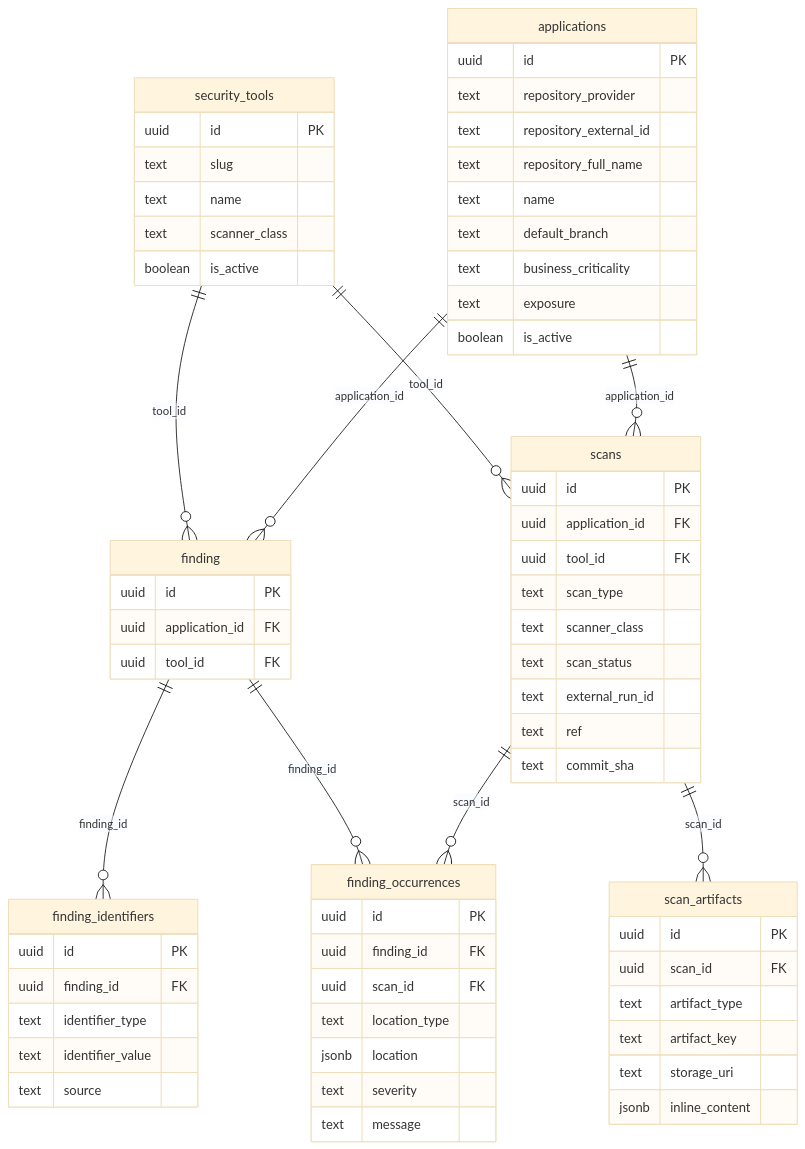
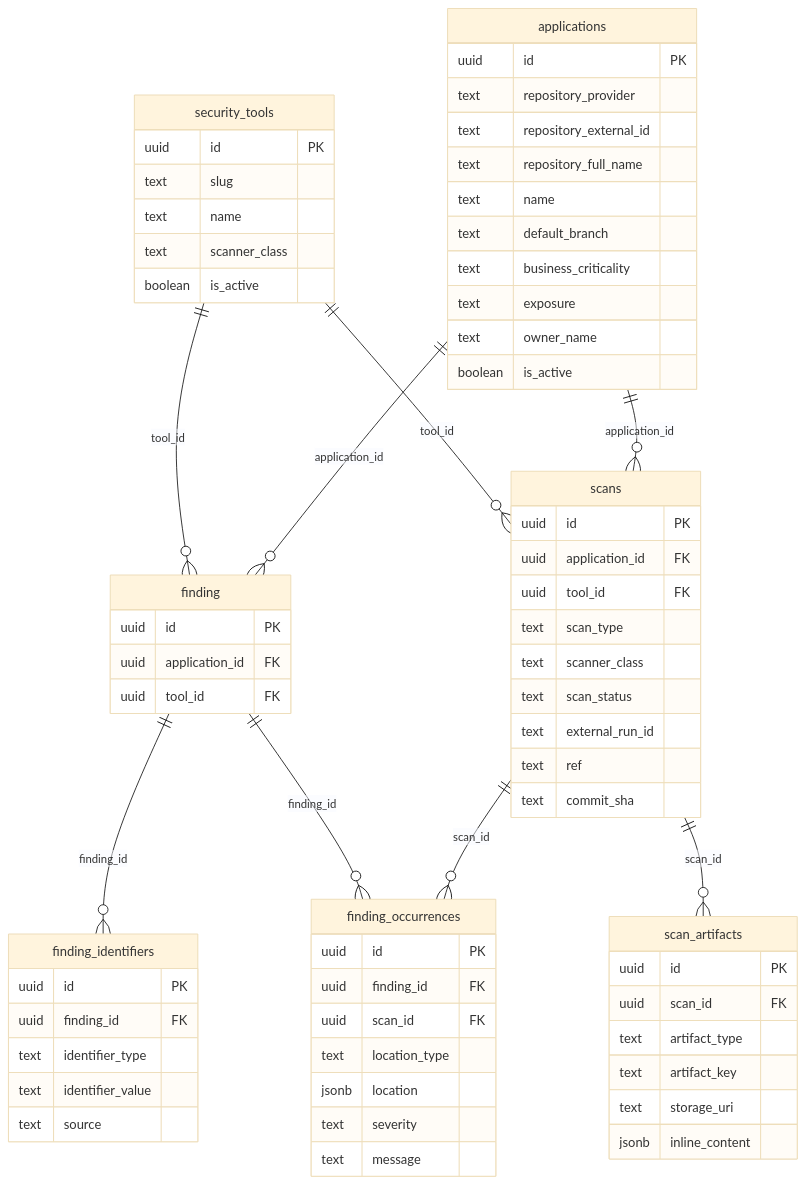
Before and after one commit to OdinEye-FIAP/aspm-docs: the second of 4 diagrams in docs/reference/database-schema.md, drawn with Mermaid (base theme). The commit also changed other lines of this file, not shown here.

````diff
--- a/docs/reference/database-schema.md
+++ b/docs/reference/database-schema.md
@@ -86,70 +86,71 @@
 ```mermaid
 erDiagram
     applications {
         uuid id PK
         text repository_provider
         text repository_external_id
         text repository_full_name
         text name
         text default_branch
         text business_criticality
         text exposure
+        text owner_name
         boolean is_active
     }
     security_tools {
         uuid id PK
         text slug
         text name
         text scanner_class
         boolean is_active
     }
     scans {
         uuid id PK
         uuid application_id FK
         uuid tool_id FK
         text scan_type
         text scanner_class
         text scan_status
         text external_run_id
         text ref
         text commit_sha
     }
     scan_artifacts {
         uuid id PK
         uuid scan_id FK
         text artifact_type
         text artifact_key
         text storage_uri
         jsonb inline_content
     }
     finding_occurrences {
         uuid id PK
         uuid finding_id FK
         uuid scan_id FK
         text location_type
         jsonb location
         text severity
         text message
     }
     finding_identifiers {
         uuid id PK
         uuid finding_id FK
         text identifier_type
         text identifier_value
         text source
     }
     finding {
         uuid id PK
         uuid application_id FK
         uuid tool_id FK
     }
 
     applications ||--o{ finding : "application_id"
     applications ||--o{ scans : "application_id"
     security_tools ||--o{ finding : "tool_id"
     security_tools ||--o{ scans : "tool_id"
     scans ||--o{ scan_artifacts : "scan_id"
     scans ||--o{ finding_occurrences : "scan_id"
     finding ||--o{ finding_occurrences : "finding_id"
     finding ||--o{ finding_identifiers : "finding_id"
 ```
````
